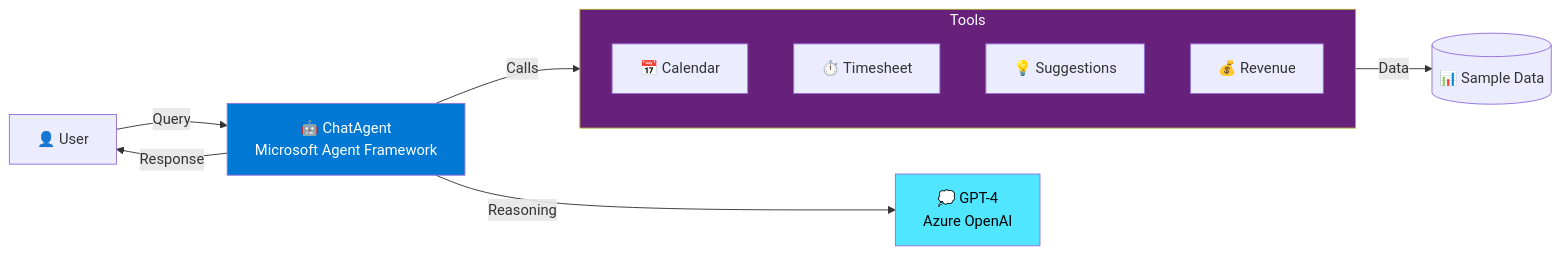
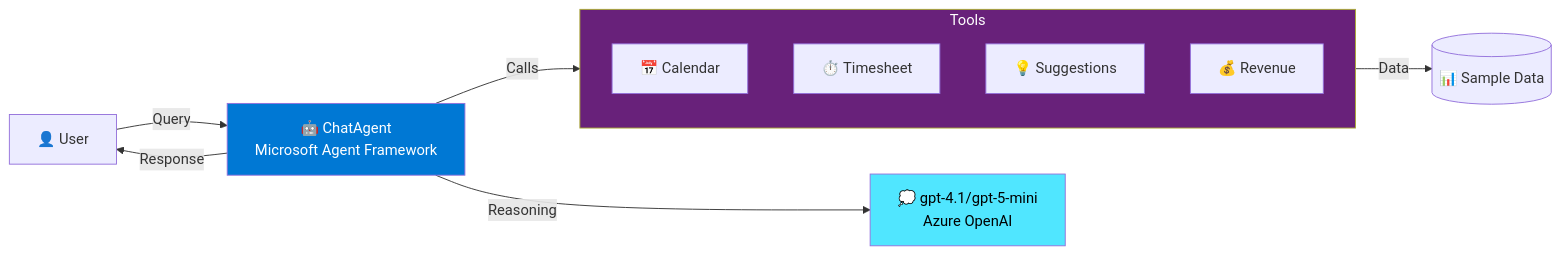
One commit to Arturo-Quiroga-MSFT/ttu-agentic-revolution-challenge changed the second of 3 diagrams in ccg-presentation/Architecture_Diagram.md. Above: the diagram before and after it, drawn with Mermaid. The commit also changed other lines of this file and 4 other files, not shown here.

Commit message:
modified presentation, added mermaid diagrams

````diff
--- a/ccg-presentation/Architecture_Diagram.md
+++ b/ccg-presentation/Architecture_Diagram.md
@@ -65,20 +65,20 @@
 ```mermaid
 graph LR
     User[👤 User] -->|Query| Agent[🤖 ChatAgent<br/>Microsoft Agent Framework]
-    Agent -->|Reasoning| GPT[💭 GPT-4<br/>Azure OpenAI]
+    Agent -->|Reasoning| GPT[💭 gpt-4.1/gpt-5-mini<br/>Azure OpenAI]
     Agent -->|Calls| Tools[🔧 Function Tools]
     
     subgraph Tools
         T1[📅 Calendar]
         T2[⏱️ Timesheet]
         T3[💡 Suggestions]
         T4[💰 Revenue]
     end
     
     Tools -->|Data| Data[(📊 Sample Data)]
     Agent -->|Response| User
 
     style Agent fill:#0078d4,color:#fff
     style GPT fill:#50e6ff,color:#000
     style Tools fill:#68217a,color:#fff
 ```
````
